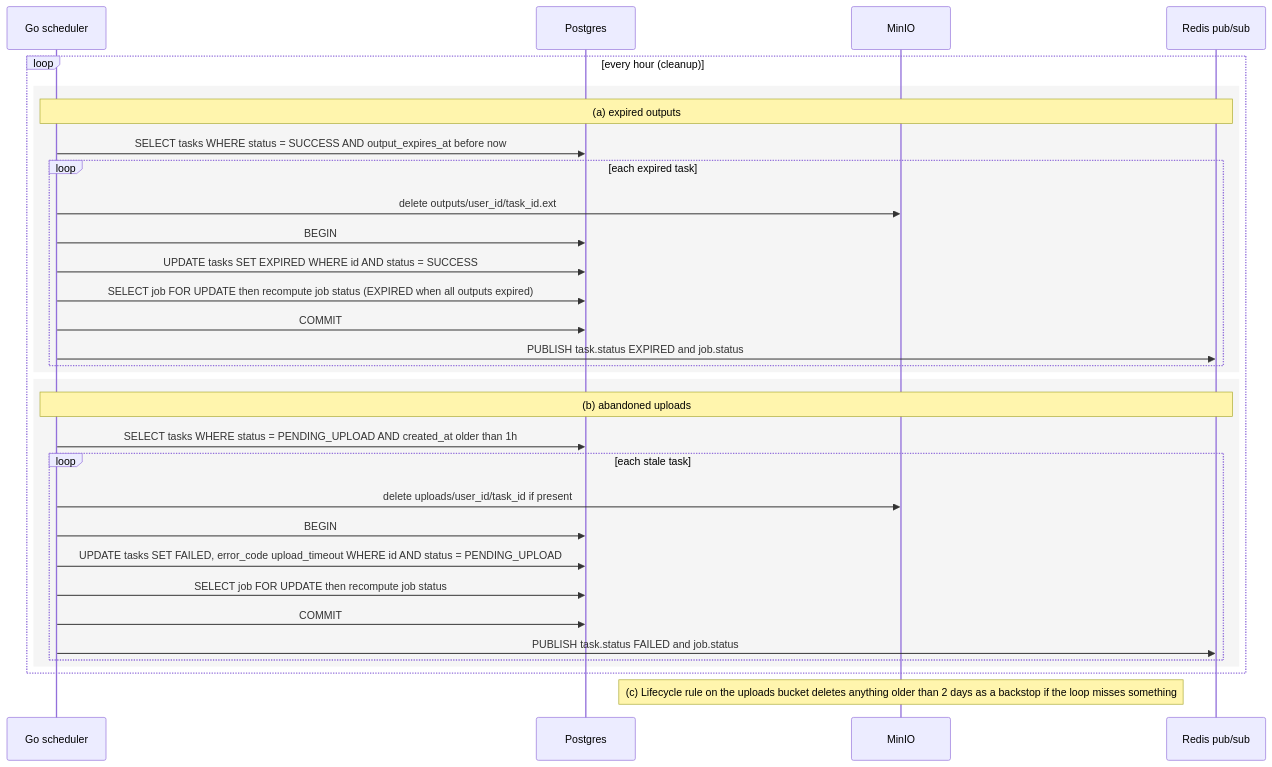
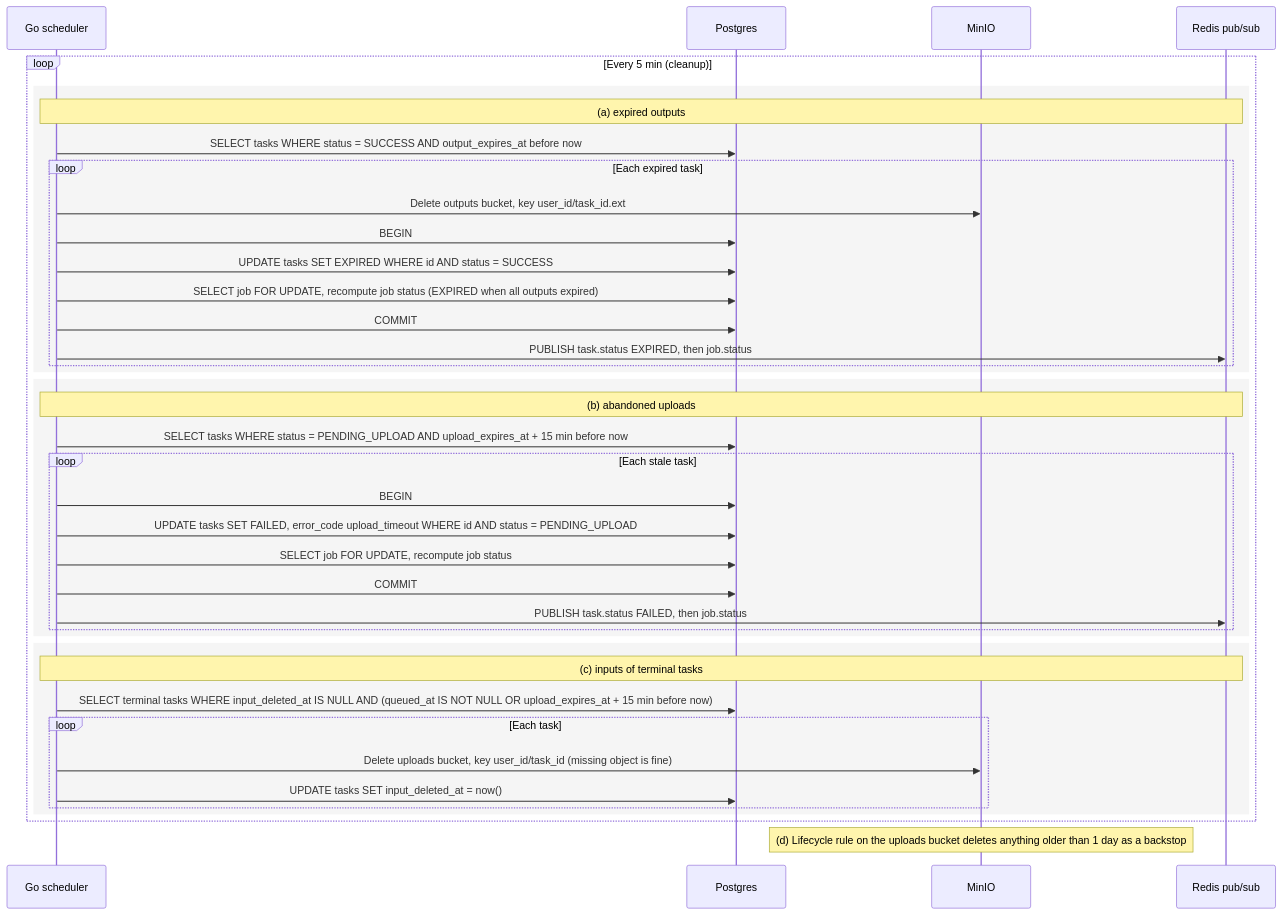
One commit to MardonBa/transcoding-job-scheduler changed the diagram in docs/diagrams/sequence/11-cleanup.md. Above: the diagram before and after it, drawn with Mermaid. The commit also changed other lines of this file and 31 other files, not shown here.

````diff
--- a/docs/diagrams/sequence/11-cleanup.md
+++ b/docs/diagrams/sequence/11-cleanup.md
@@ -5,37 +5,45 @@
 ```mermaid
 sequenceDiagram
     participant Sched as Go scheduler
     participant PG as Postgres
     participant MinIO
     participant RPubSub as Redis pub/sub
 
-    loop every hour (cleanup)
+    loop Every 5 min (cleanup)
         rect rgb(245, 245, 245)
         Note over Sched,RPubSub: (a) expired outputs
         Sched->>PG: SELECT tasks WHERE status = SUCCESS AND output_expires_at before now
-        loop each expired task
-            Sched->>MinIO: delete outputs/user_id/task_id.ext
+        loop Each expired task
+            Sched->>MinIO: Delete outputs bucket, key user_id/task_id.ext
             Sched->>PG: BEGIN
             Sched->>PG: UPDATE tasks SET EXPIRED WHERE id AND status = SUCCESS
-            Sched->>PG: SELECT job FOR UPDATE then recompute job status (EXPIRED when all outputs expired)
+            Sched->>PG: SELECT job FOR UPDATE, recompute job status (EXPIRED when all outputs expired)
             Sched->>PG: COMMIT
-            Sched->>RPubSub: PUBLISH task.status EXPIRED and job.status
+            Sched->>RPubSub: PUBLISH task.status EXPIRED, then job.status
         end
         end
 
         rect rgb(245, 245, 245)
         Note over Sched,RPubSub: (b) abandoned uploads
-        Sched->>PG: SELECT tasks WHERE status = PENDING_UPLOAD AND created_at older than 1h
-        loop each stale task
-            Sched->>MinIO: delete uploads/user_id/task_id if present
+        Sched->>PG: SELECT tasks WHERE status = PENDING_UPLOAD AND upload_expires_at + 15 min before now
+        loop Each stale task
             Sched->>PG: BEGIN
             Sched->>PG: UPDATE tasks SET FAILED, error_code upload_timeout WHERE id AND status = PENDING_UPLOAD
-            Sched->>PG: SELECT job FOR UPDATE then recompute job status
+            Sched->>PG: SELECT job FOR UPDATE, recompute job status
             Sched->>PG: COMMIT
-            Sched->>RPubSub: PUBLISH task.status FAILED and job.status
+            Sched->>RPubSub: PUBLISH task.status FAILED, then job.status
+        end
+        end
+
+        rect rgb(245, 245, 245)
+        Note over Sched,RPubSub: (c) inputs of terminal tasks
+        Sched->>PG: SELECT terminal tasks WHERE input_deleted_at IS NULL AND (queued_at IS NOT NULL OR upload_expires_at + 15 min before now)
+        loop Each task
+            Sched->>MinIO: Delete uploads bucket, key user_id/task_id (missing object is fine)
+            Sched->>PG: UPDATE tasks SET input_deleted_at = now()
         end
         end
     end
 
-    Note over MinIO: (c) Lifecycle rule on the uploads bucket deletes anything older than 2 days as a backstop if the loop misses something
+    Note over MinIO: (d) Lifecycle rule on the uploads bucket deletes anything older than 1 day as a backstop
 ```
````
